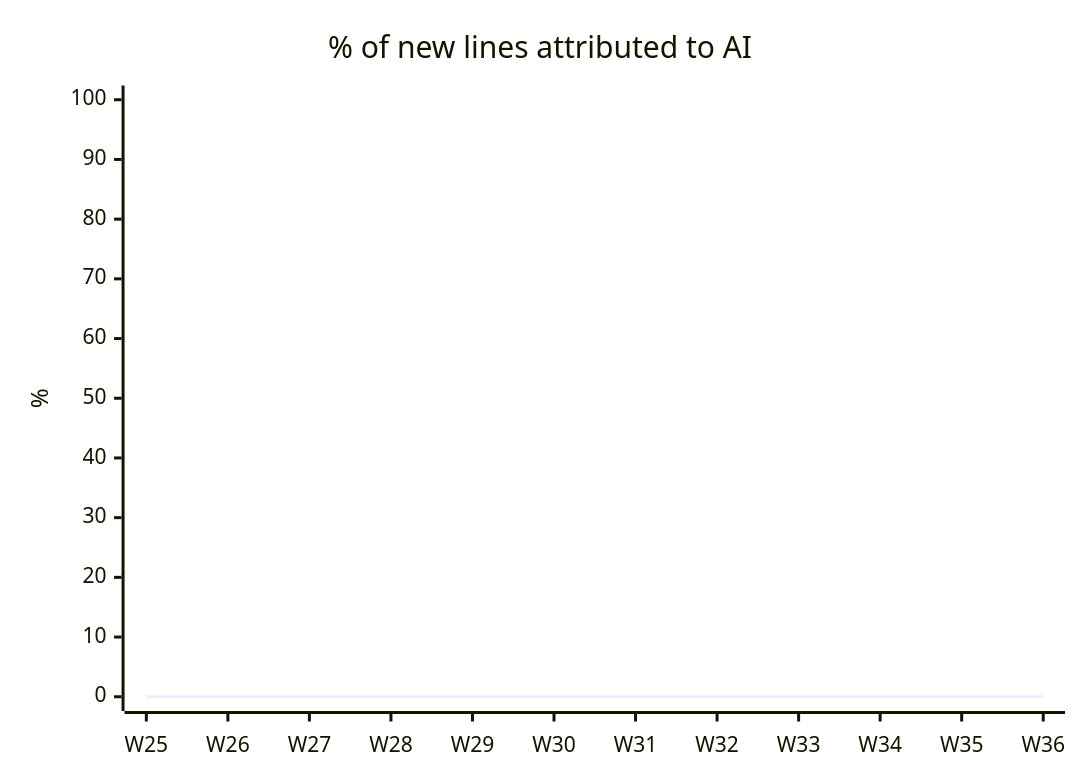
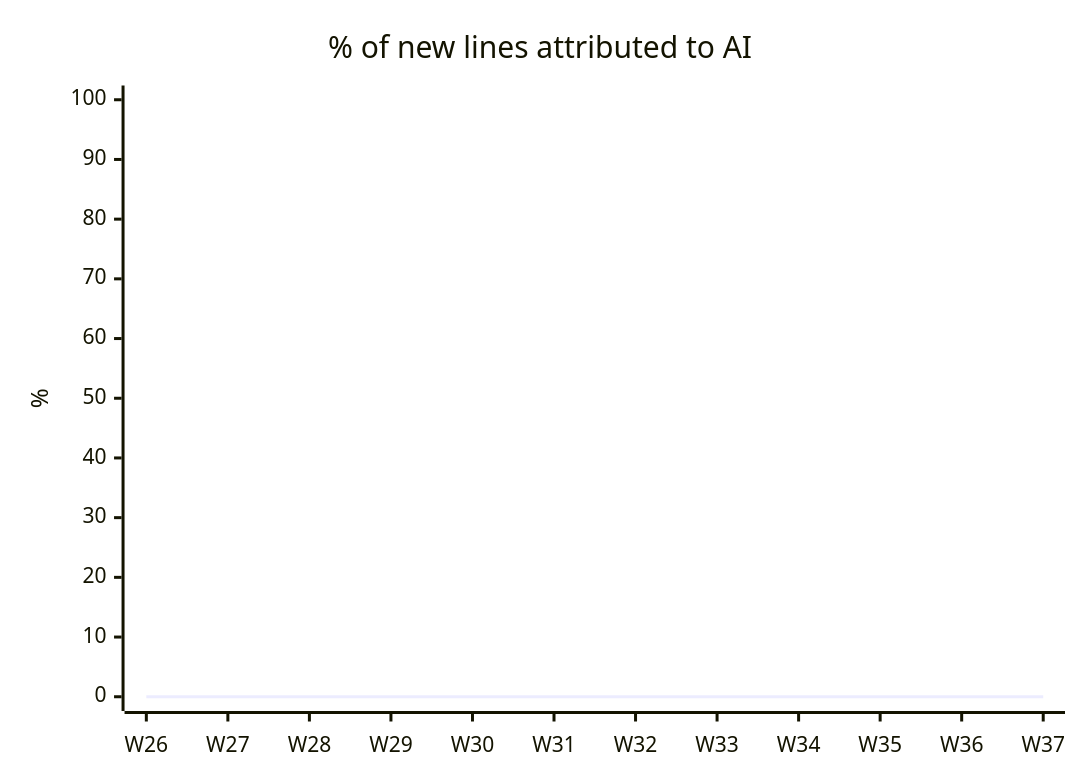
The diagram in docs/AI_USAGE.md (fromwaydowntown/ai-pr-attribution), drawn with Mermaid before and after one commit. The commit also changed other lines of this file, not shown here.

````diff
--- a/docs/AI_USAGE.md
+++ b/docs/AI_USAGE.md
@@ -17,7 +17,7 @@
 ```mermaid
 xychart-beta
     title "% of new lines attributed to AI"
-    x-axis ["W25", "W26", "W27", "W28", "W29", "W30", "W31", "W32", "W33", "W34", "W35", "W36"]
+    x-axis ["W26", "W27", "W28", "W29", "W30", "W31", "W32", "W33", "W34", "W35", "W36", "W37"]
     y-axis "%" 0 --> 100
     line [0, 0, 0, 0, 0, 0, 0, 0, 0, 0, 0, 0]
 ```
````
